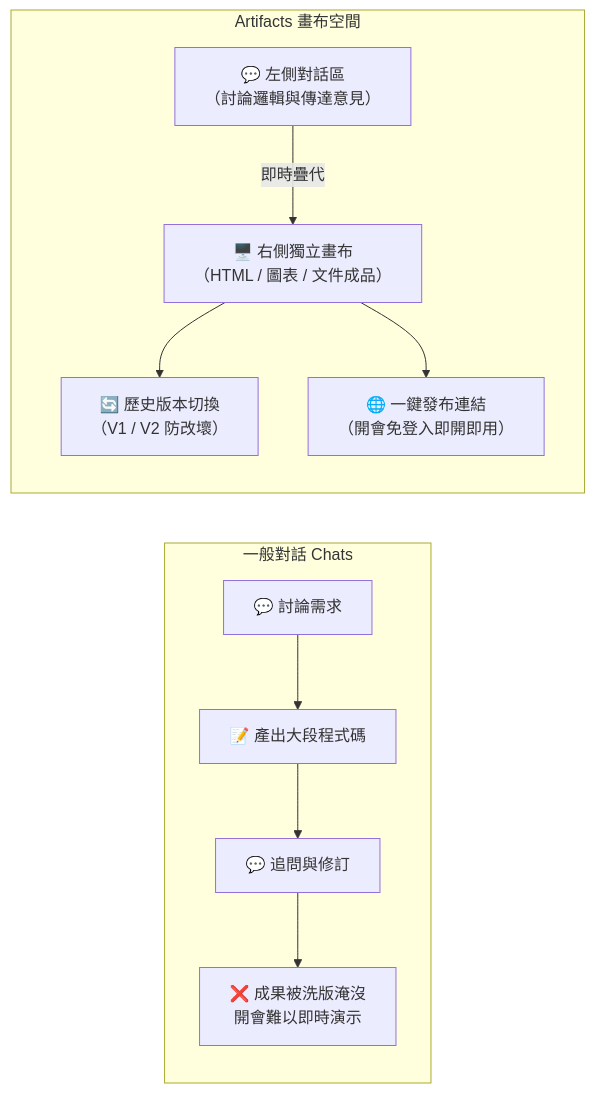
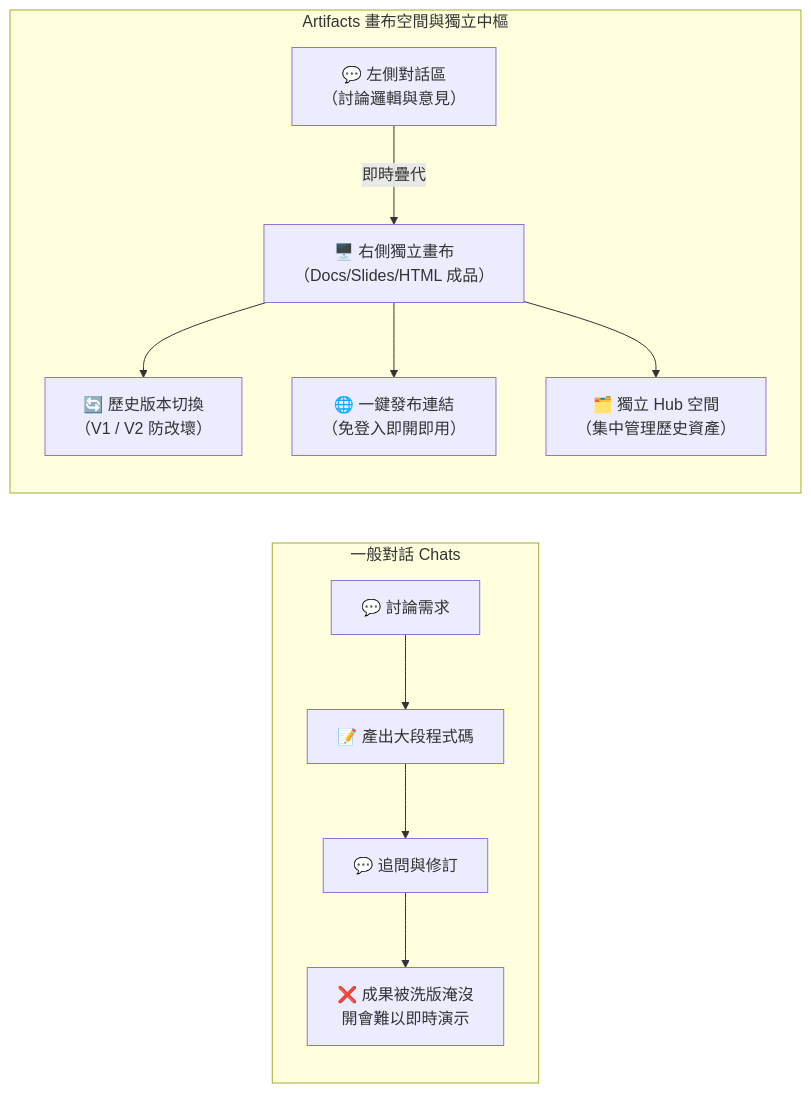
The first of 3 diagrams in Claude_ai/Artifacts/README.md (roberthsu2003/workflow-productivity), drawn with Mermaid before and after one commit. The commit also changed other lines of this file and 2 other files, not shown here.

````diff
--- a/Claude_ai/Artifacts/README.md
+++ b/Claude_ai/Artifacts/README.md
@@ -45,16 +79,18 @@
 ```mermaid
 graph LR
     subgraph 一般對話 Chats
         C1["💬 討論需求"] --> C2["📝 產出大段程式碼"]
         C2 --> C3["💬 追問與修訂"]
         C3 --> X1["❌ 成果被洗版淹沒<br/>開會難以即時演示"]
     end
 
-    subgraph Artifacts 畫布空間
-        A1["💬 左側對話區<br/>（討論邏輯與傳達意見）"]
-        A2["🖥️ 右側獨立畫布<br/>（HTML / 圖表 / 文件成品）"]
+    subgraph Artifacts 畫布空間與獨立中樞
+        A1["💬 左側對話區<br/>（討論邏輯與意見）"]
+        A2["🖥️ 右側獨立畫布<br/>（Docs/Slides/HTML 成品）"]
+        A3["🗂️ 獨立 Hub 空間<br/>（集中管理歷史資產）"]
         A1 -->|即時疊代| A2
         A2 --> V["🔄 歷史版本切換<br/>（V1 / V2 防改壞）"]
-        A2 --> P["🌐 一鍵發布連結<br/>（開會免登入即開即用）"]
+        A2 --> P["🌐 一鍵發布連結<br/>（免登入即開即用）"]
+        A2 --> A3
     end
 ```
````
